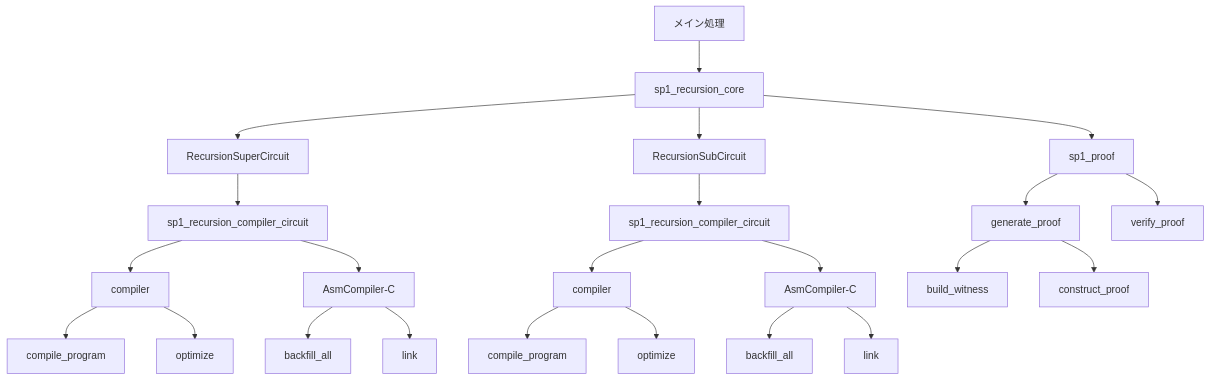
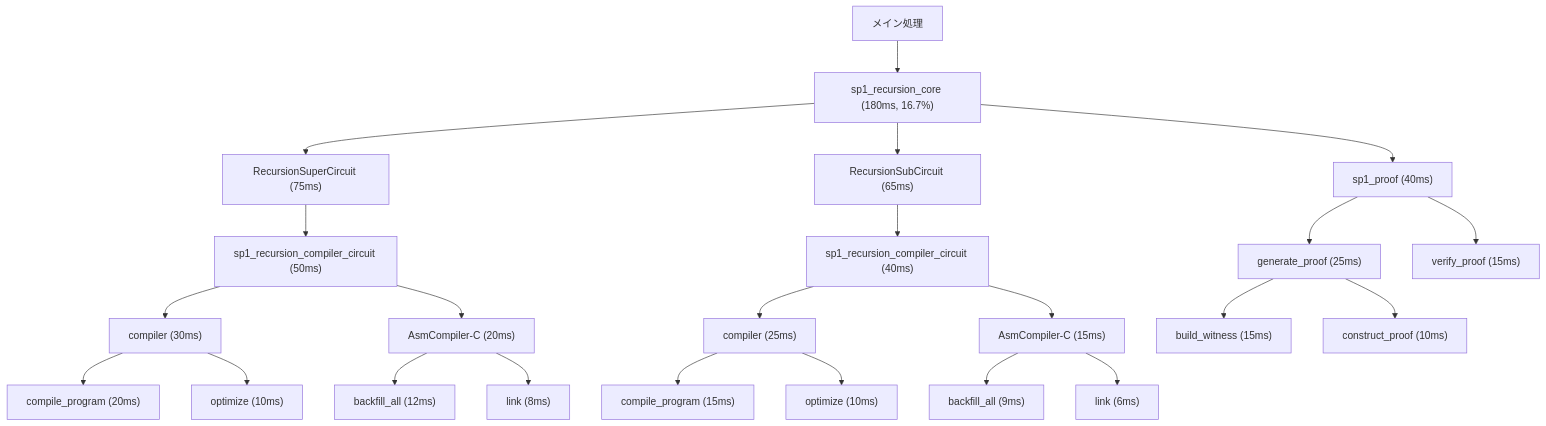
The fifth of 6 diagrams in profile_outputs/README.md (kkrt-labs/zkvm-benchmarks), drawn with Mermaid before and after one commit. The commit also changed other lines of this file, not shown here.

````diff
--- a/profile_outputs/README.md
+++ b/profile_outputs/README.md
@@ -159,33 +189,33 @@
 ```mermaid
 flowchart TD
-    A[メイン処理] --> B[sp1_recursion_core]
-    B --> C1[RecursionSuperCircuit]
-    B --> C2[RecursionSubCircuit]
+    A[メイン処理] --> B["sp1_recursion_core (180ms, 16.7%)"]
+    B --> C1["RecursionSuperCircuit (75ms)"]
+    B --> C2["RecursionSubCircuit (65ms)"]
 
-    C1 --> D1[sp1_recursion_compiler_circuit]
-    D1 --> E1[compiler]
-    D1 --> E2[AsmCompiler-C]
+    C1 --> D1["sp1_recursion_compiler_circuit (50ms)"]
+    D1 --> E1["compiler (30ms)"]
+    D1 --> E2["AsmCompiler-C (20ms)"]
 
-    E1 --> F1[compile_program]
-    E1 --> F2[optimize]
+    E1 --> F1["compile_program (20ms)"]
+    E1 --> F2["optimize (10ms)"]
 
-    E2 --> G1[backfill_all]
-    E2 --> G2[link]
+    E2 --> G1["backfill_all (12ms)"]
+    E2 --> G2["link (8ms)"]
 
-    C2 --> D2[sp1_recursion_compiler_circuit]
-    D2 --> H1[compiler]
-    D2 --> H2[AsmCompiler-C]
+    C2 --> D2["sp1_recursion_compiler_circuit (40ms)"]
+    D2 --> H1["compiler (25ms)"]
+    D2 --> H2["AsmCompiler-C (15ms)"]
 
-    H1 --> I1[compile_program]
-    H1 --> I2[optimize]
+    H1 --> I1["compile_program (15ms)"]
+    H1 --> I2["optimize (10ms)"]
 
-    H2 --> J1[backfill_all]
-    H2 --> J2[link]
+    H2 --> J1["backfill_all (9ms)"]
+    H2 --> J2["link (6ms)"]
 
-    B --> K[sp1_proof]
-    K --> L1[generate_proof]
-    K --> L2[verify_proof]
+    B --> K["sp1_proof (40ms)"]
+    K --> L1["generate_proof (25ms)"]
+    K --> L2["verify_proof (15ms)"]
 
-    L1 --> M1[build_witness]
-    L1 --> M2[construct_proof]
+    L1 --> M1["build_witness (15ms)"]
+    L1 --> M2["construct_proof (10ms)"]
 ```
````
